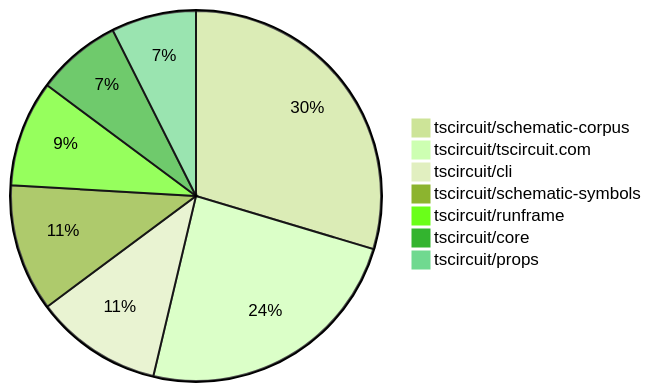
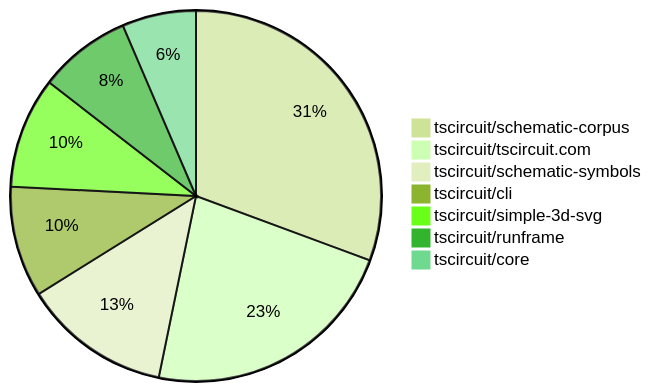
One commit to tscircuit/contribution-tracker changed the second of 2 diagrams in README.md. Above: the diagram before and after it, drawn with Mermaid (forest theme). The commit also changed other lines of this file and 3 other files, not shown here.

````diff
--- a/README.md
+++ b/README.md
@@ -99,10 +99,10 @@
 ```mermaid
 pie
-    "tscircuit/schematic-corpus" : 16
-    "tscircuit/tscircuit.com" : 13
+    "tscircuit/schematic-corpus" : 19
+    "tscircuit/tscircuit.com" : 14
+    "tscircuit/schematic-symbols" : 8
     "tscircuit/cli" : 6
-    "tscircuit/schematic-symbols" : 6
+    "tscircuit/simple-3d-svg" : 6
     "tscircuit/runframe" : 5
     "tscircuit/core" : 4
-    "tscircuit/props" : 4
 ```
````
